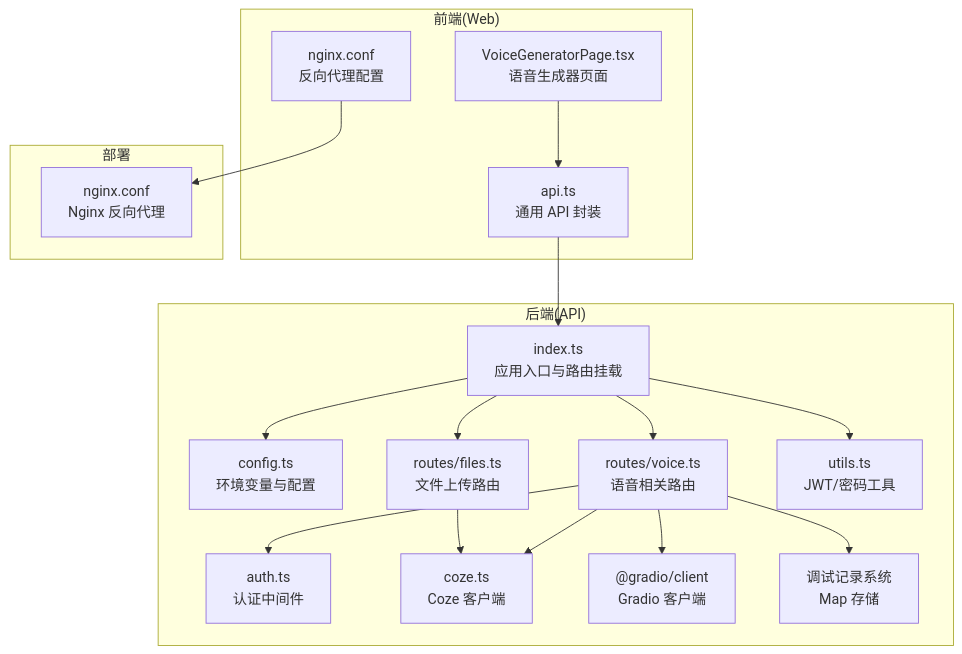
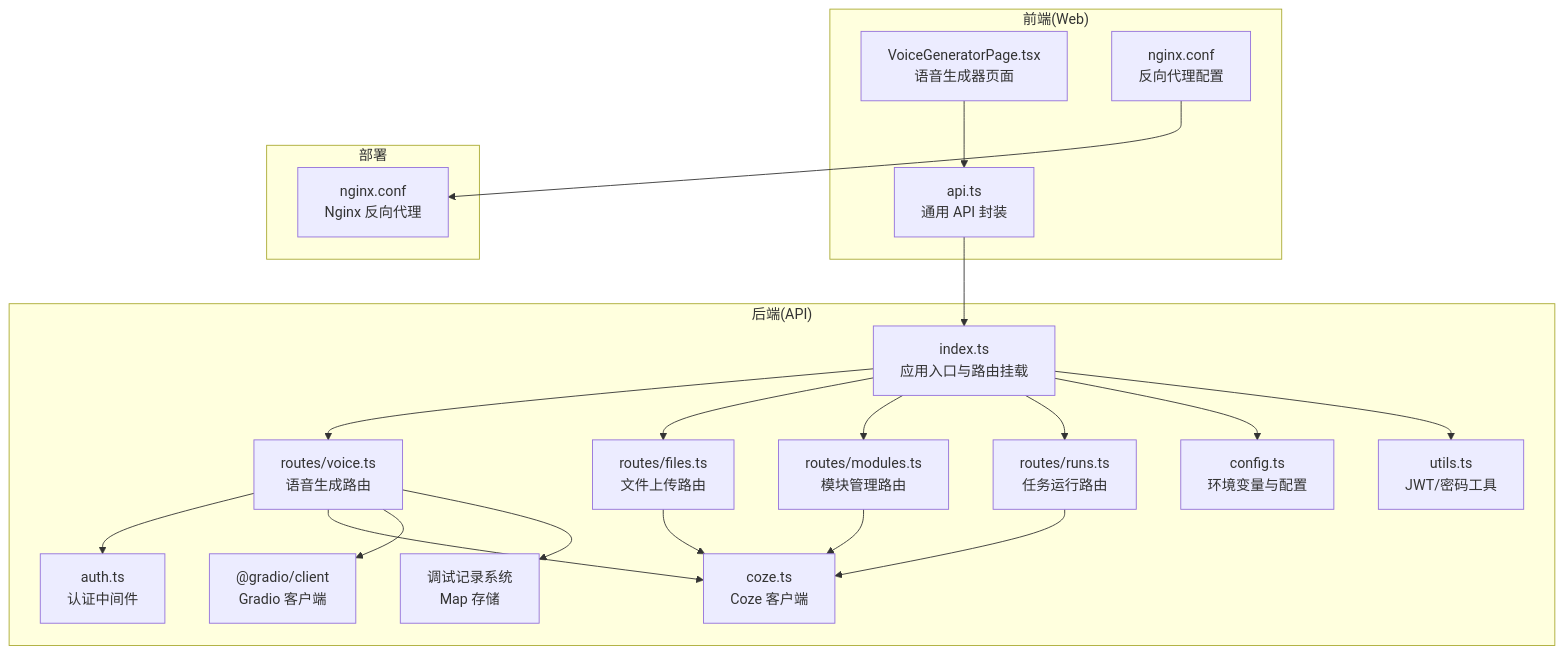
The first of 4 diagrams in .qoder/repowiki/zh/content/语音生成系统.md (hanksd769-droid/sailshub), drawn with Mermaid before and after one commit. The commit also changed other lines of this file and 4 other files, not shown here.

````diff
--- a/.qoder/repowiki/zh/content/语音生成系统.md
+++ b/.qoder/repowiki/zh/content/语音生成系统.md
@@ -62,34 +62,40 @@
 ```mermaid
 graph TB
 subgraph "前端(Web)"
 WG["VoiceGeneratorPage.tsx<br/>语音生成器页面"]
 API["api.ts<br/>通用 API 封装"]
 NGINX["nginx.conf<br/>反向代理配置"]
 end
 subgraph "后端(API)"
 IDX["index.ts<br/>应用入口与路由挂载"]
 CFG["config.ts<br/>环境变量与配置"]
 AUTH["auth.ts<br/>认证中间件"]
-VOICE["routes/voice.ts<br/>语音相关路由"]
+VOICE["routes/voice.ts<br/>语音生成路由"]
 FILES["routes/files.ts<br/>文件上传路由"]
+MODULES["routes/modules.ts<br/>模块管理路由"]
+RUNS["routes/runs.ts<br/>任务运行路由"]
 COZE["coze.ts<br/>Coze 客户端"]
 UTIL["utils.ts<br/>JWT/密码工具"]
 GRADIO["@gradio/client<br/>Gradio 客户端"]
 DEBUG["调试记录系统<br/>Map 存储"]
 end
 subgraph "部署"
 NGINX_CFG["nginx.conf<br/>Nginx 反向代理"]
 end
 WG --> API
 API --> IDX
 IDX --> VOICE
 IDX --> FILES
+IDX --> MODULES
+IDX --> RUNS
 VOICE --> AUTH
 VOICE --> COZE
 VOICE --> GRADIO
 VOICE --> DEBUG
 FILES --> COZE
+MODULES --> COZE
+RUNS --> COZE
 IDX --> CFG
 IDX --> UTIL
 NGINX --> NGINX_CFG
 ```
````
